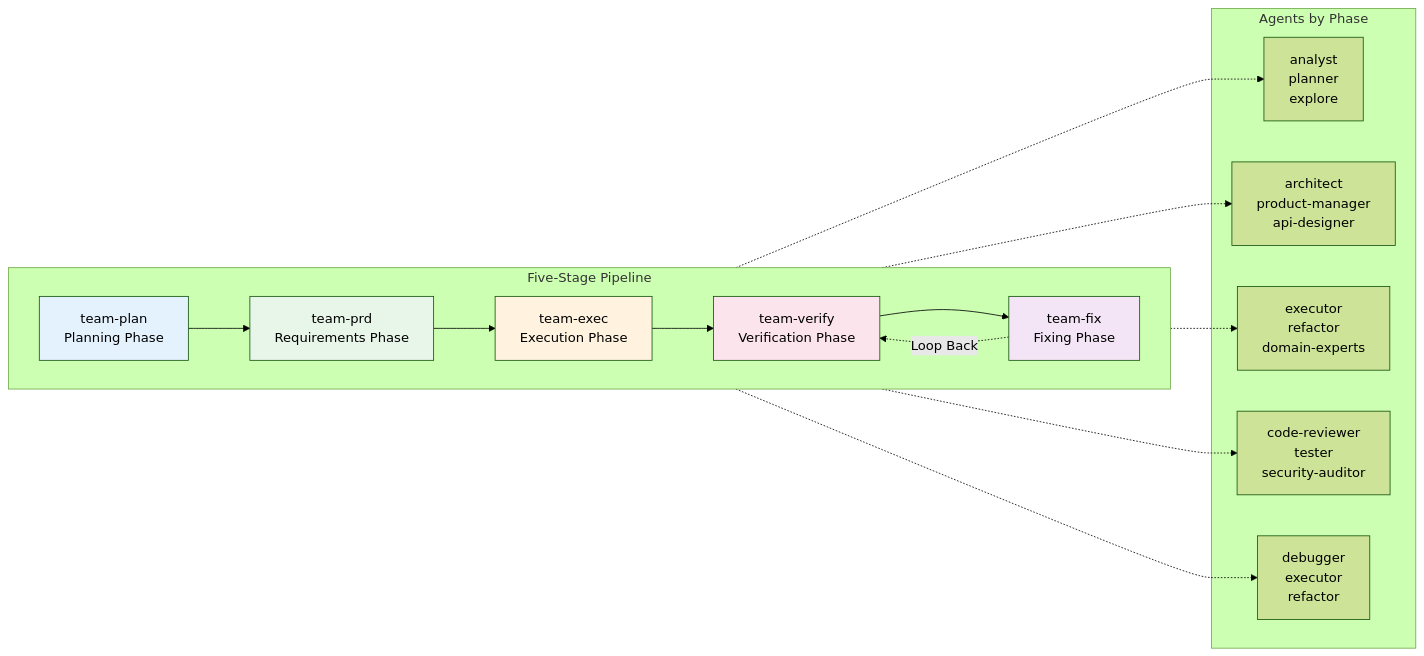
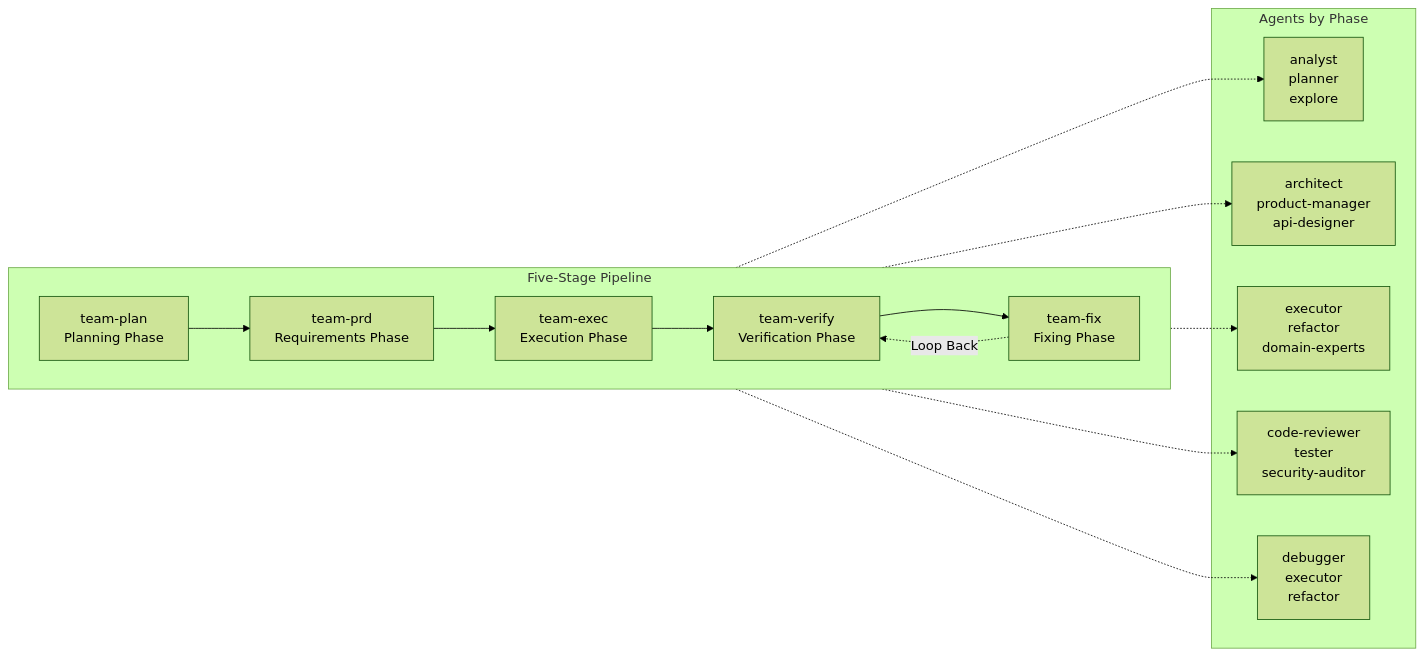
Before and after one commit to yuexiaoliang/prompt-engineering-learning: the second of 6 diagrams in 09-advanced-en.md, drawn with Mermaid (forest theme). The commit also changed other lines of this file and 9 other files, not shown here.

First line of the commit message:
fix(prompt-engineering): remove hardcoded mermaid fill styles for theme auto-adaptation

````diff
--- a/09-advanced-en.md
+++ b/09-advanced-en.md
@@ -88,35 +81,30 @@
 ```mermaid
 flowchart LR
     subgraph "Five-Stage Pipeline"
         direction LR
         
         S1[team-plan<br/>Planning Phase]
         S2[team-prd<br/>Requirements Phase]
         S3[team-exec<br/>Execution Phase]
         S4[team-verify<br/>Verification Phase]
         S5[team-fix<br/>Fixing Phase]
         
         S1 --> S2 --> S3 --> S4 --> S5
         S5 -.->|Loop Back| S4
     end
     
     subgraph "Agents by Phase"
         A1[analyst<br/>planner<br/>explore]
         A2[architect<br/>product-manager<br/>api-designer]
         A3[executor<br/>refactor<br/>domain-experts]
         A4[code-reviewer<br/>tester<br/>security-auditor]
         A5[debugger<br/>executor<br/>refactor]
     end
     
     S1 -.-> A1
     S2 -.-> A2
     S3 -.-> A3
     S4 -.-> A4
     S5 -.-> A5
     
-    style S1 fill:#e3f2fd
-    style S2 fill:#e8f5e9
-    style S3 fill:#fff3e0
-    style S4 fill:#fce4ec
-    style S5 fill:#f3e5f5
 ```
````
